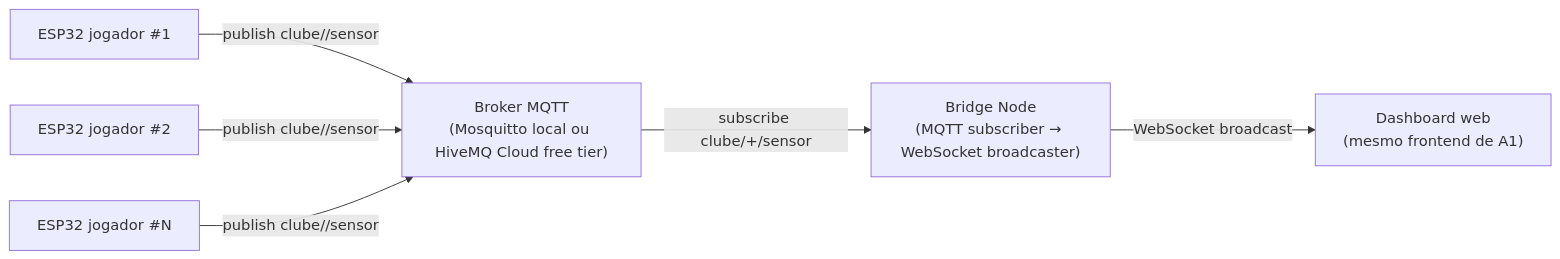
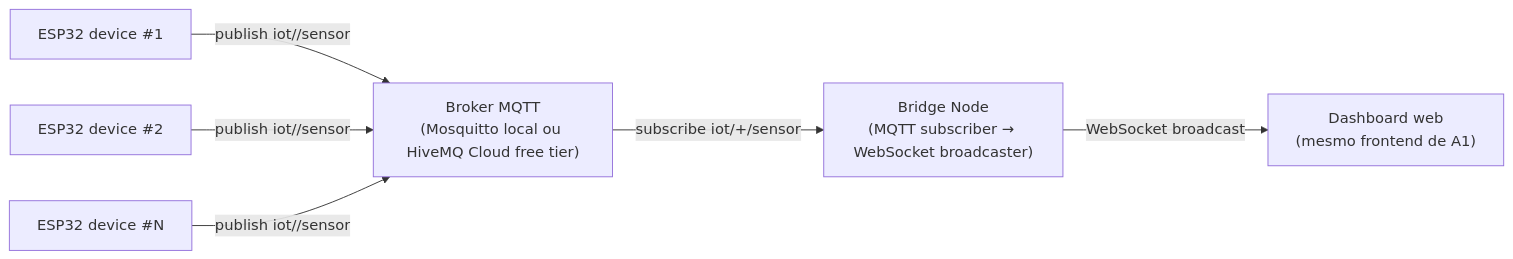
One commit to llucaslopes/PFC-1- changed the diagram in arquitetura-mqtt/README.md. Above: the diagram before and after it, drawn with Mermaid. The commit also changed other lines of this file and 28 other files, not shown here.

````diff
--- a/arquitetura-mqtt/README.md
+++ b/arquitetura-mqtt/README.md
@@ -23,15 +23,15 @@
 ```mermaid
 flowchart LR
-    ESP32A["ESP32 jogador #1"]
-    ESP32B["ESP32 jogador #2"]
-    ESP32N["ESP32 jogador #N"]
+    ESP32A["ESP32 device #1"]
+    ESP32B["ESP32 device #2"]
+    ESP32N["ESP32 device #N"]
     Broker["Broker MQTT<br/>(Mosquitto local ou HiveMQ Cloud free tier)"]
     Bridge["Bridge Node<br/>(MQTT subscriber → WebSocket broadcaster)"]
     Front["Dashboard web<br/>(mesmo frontend de A1)"]
 
-    ESP32A -- "publish clube/<id>/sensor" --> Broker
-    ESP32B -- "publish clube/<id>/sensor" --> Broker
-    ESP32N -- "publish clube/<id>/sensor" --> Broker
-    Broker -- "subscribe clube/+/sensor" --> Bridge
+    ESP32A -- "publish iot/<id>/sensor" --> Broker
+    ESP32B -- "publish iot/<id>/sensor" --> Broker
+    ESP32N -- "publish iot/<id>/sensor" --> Broker
+    Broker -- "subscribe iot/+/sensor" --> Bridge
     Bridge -- "WebSocket broadcast" --> Front
 ```
````
